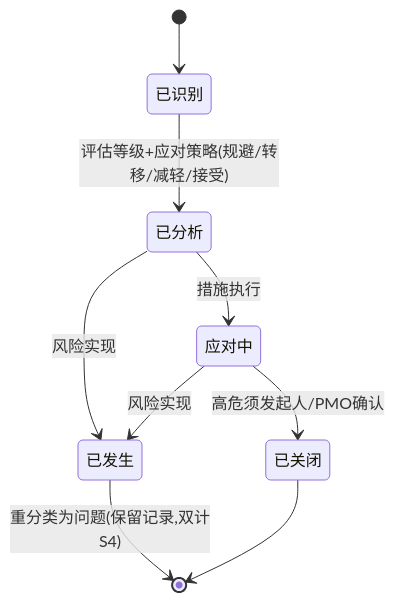
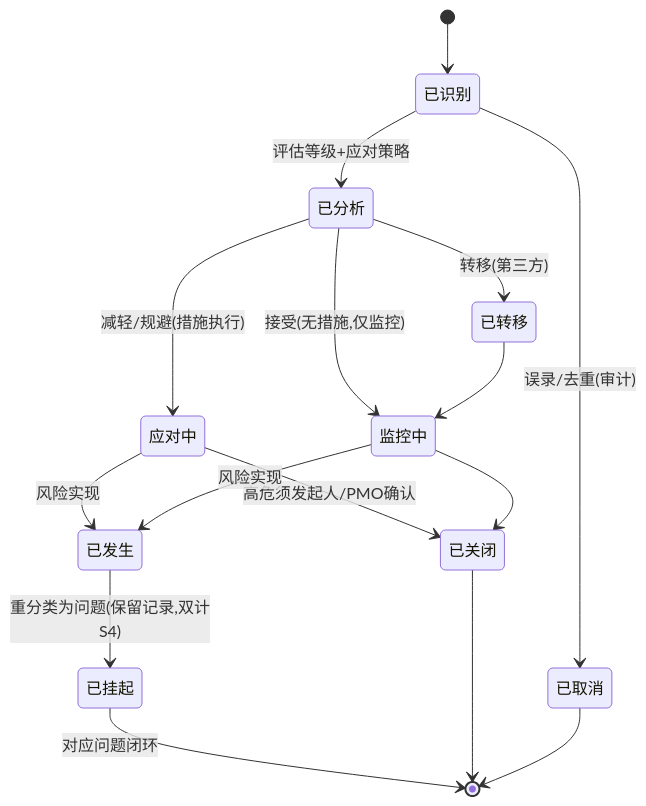
The sixth of 10 diagrams in docs/07-产品架构图.md (lengfengng1-ai-architect/pmsi), drawn with Mermaid before and after one commit. The commit also changed other lines of this file and 10 other files, not shown here.

````diff
--- a/docs/07-产品架构图.md
+++ b/docs/07-产品架构图.md
@@ -159,11 +163,18 @@
 ```mermaid
 stateDiagram-v2
     [*] --> 已识别
-    已识别 --> 已分析: 评估等级+应对策略(规避/转移/减轻/接受)
-    已分析 --> 应对中: 措施执行
+    已识别 --> 已分析: 评估等级+应对策略
+    已识别 --> 已取消: 误录/去重(审计)
+    已分析 --> 应对中: 减轻/规避(措施执行)
+    已分析 --> 监控中: 接受(无措施,仅监控)
+    已分析 --> 已转移: 转移(第三方)
     应对中 --> 已关闭: 高危须发起人/PMO确认
-    已分析 --> 已发生: 风险实现
+    监控中 --> 已关闭
+    已转移 --> 监控中
     应对中 --> 已发生: 风险实现
-    已发生 --> [*]: 重分类为问题(保留记录,双计S4)
+    监控中 --> 已发生: 风险实现
+    已发生 --> 已挂起: 重分类为问题(保留记录,双计S4)
+    已挂起 --> [*]: 对应问题闭环
     已关闭 --> [*]
+    已取消 --> [*]
 ```
````
